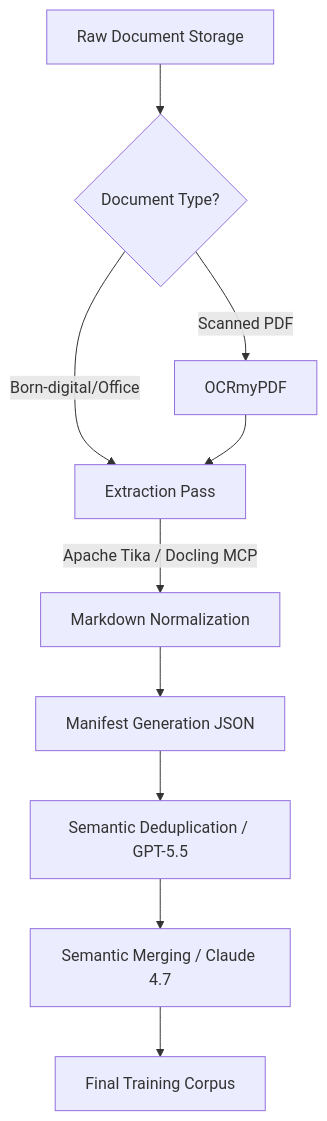
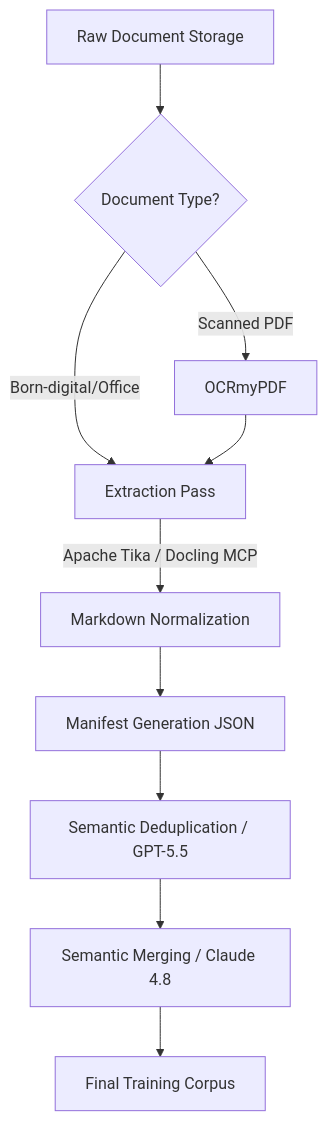
Before and after one commit to joanmarcriera/Home-office-automations: the diagram in docs/playbooks/document-preparation-for-llm-training.md, drawn with Mermaid. The commit also changed other lines of this file and 4 other files, not shown here.

````diff
--- a/docs/playbooks/document-preparation-for-llm-training.md
+++ b/docs/playbooks/document-preparation-for-llm-training.md
@@ -53,12 +51,12 @@
 ```mermaid
 flowchart TD
     A[Raw Document Storage] --> B{Document Type?}
     B -- Scanned PDF --> C[OCRmyPDF]
     B -- Born-digital/Office --> D[Extraction Pass]
     C --> D
     D -- Apache Tika / Docling MCP --> E[Markdown Normalization]
     E --> F[Manifest Generation JSON]
     F --> G[Semantic Deduplication / GPT-5.5]
-    G --> H[Semantic Merging / Claude 4.7]
+    G --> H[Semantic Merging / Claude 4.8]
     H --> I[Final Training Corpus]
 ```
````
